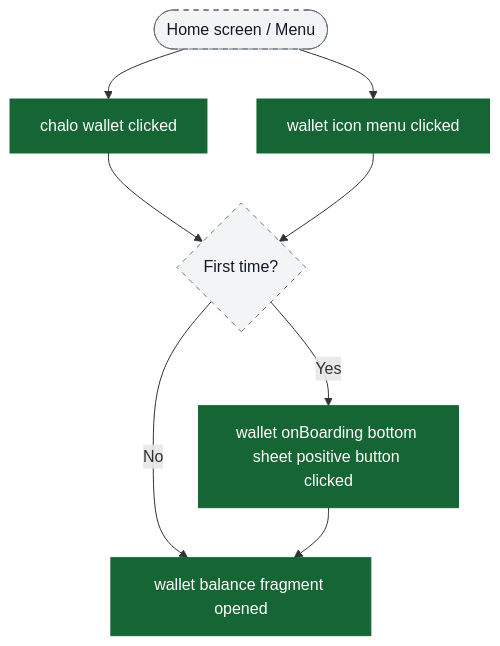
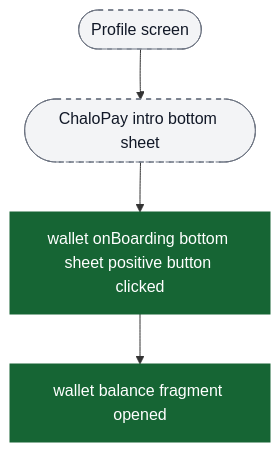
The second of 12 diagrams in content/analytics/wallet/flow-diagrams.md (ratulsarna/chalo-app-dashboard), drawn with Mermaid before and after one commit. The commit also changed other lines of this file and 2 other files, not shown here.

First line of the commit message:
Refactor wallet flow diagrams and analytics events for clarity and accuracy

````diff
--- a/content/analytics/wallet/flow-diagrams.md
+++ b/content/analytics/wallet/flow-diagrams.md
@@ -31,19 +32,12 @@
 ```mermaid
 flowchart TD
-  ui_homeScreen([Home screen / Menu]) --> ev_chaloWalletClicked["chalo wallet clicked"]
-  ui_homeScreen --> ev_walletIconMenuClicked["wallet icon menu clicked"]
-
-  ev_chaloWalletClicked --> ui_onboardingCheck{First time?}
-  ev_walletIconMenuClicked --> ui_onboardingCheck
-
-  ui_onboardingCheck -->|Yes| ev_onboardingShown["wallet onBoarding bottom sheet positive button clicked"]
-  ui_onboardingCheck -->|No| ev_balanceOpen["wallet balance fragment opened"]
-
-  ev_onboardingShown --> ev_balanceOpen
+  ui_profile([Profile screen]) --> ui_intro([ChaloPay intro bottom sheet])
+  ui_intro --> ev_onboardingCta["wallet onBoarding bottom sheet positive button clicked"]
+  ev_onboardingCta --> ev_balanceOpen["wallet balance fragment opened"]
 
   classDef event fill:#166534,stroke:#166534,color:#ffffff;
   classDef ui fill:#f3f4f6,stroke:#6b7280,stroke-dasharray: 5 5,color:#111827;
 
-  class ev_chaloWalletClicked,ev_walletIconMenuClicked,ev_onboardingShown,ev_balanceOpen event;
-  class ui_homeScreen,ui_onboardingCheck ui;
+  class ev_onboardingCta,ev_balanceOpen event;
+  class ui_profile,ui_intro ui;
 ```
````
